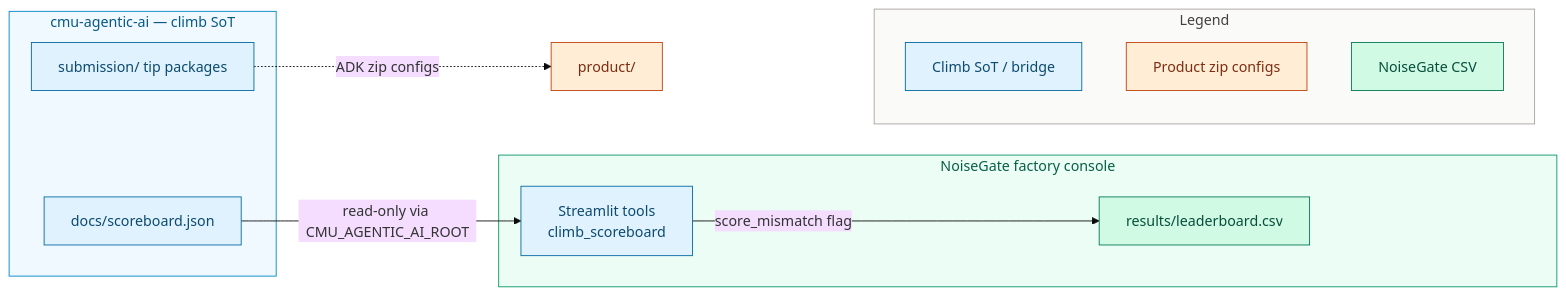
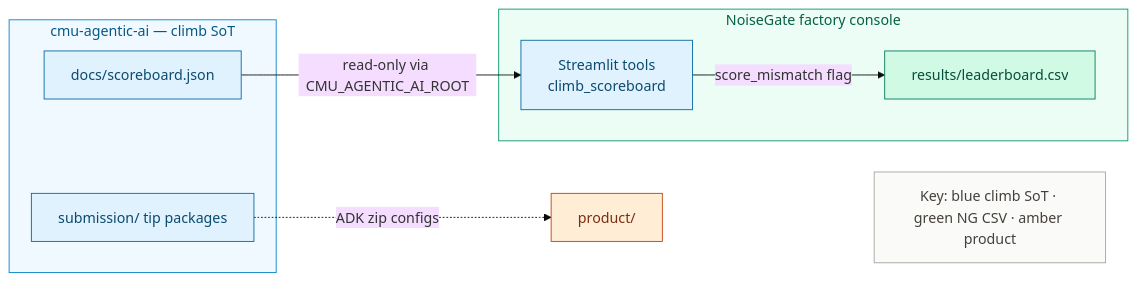
Before and after one commit to khaosans/noisegate-gemma4-factory: the seventh of 7 diagrams in docs/wiki/Architecture.md, drawn with Mermaid (base theme). The commit also changed other lines of this file and 4 other files, not shown here.

First line of the commit message:
docs: compact Mermaid legends to single Key lines

````diff
--- a/docs/wiki/Architecture.md
+++ b/docs/wiki/Architecture.md
@@ -266,34 +235,29 @@
 ```mermaid
 flowchart LR
   subgraph CMU["cmu-agentic-ai — climb SoT"]
     SB[docs/scoreboard.json]
     Tips[submission/ tip packages]
   end
 
   subgraph NG["NoiseGate factory console"]
     CSV[results/leaderboard.csv]
     Cons[Streamlit tools<br/>climb_scoreboard]
   end
 
   SB -->|read-only via CMU_AGENTIC_AI_ROOT| Cons
   Cons -->|score_mismatch flag| CSV
   Tips -.->|ADK zip configs| Prod[product/]
 
-  subgraph Legend["Legend"]
-    direction TB
-    LegO[Climb SoT / bridge]
-    LegP[Product zip configs]
-    LegF[NoiseGate CSV]
-  end
-  Prod ~~~ LegO
+  Key["Key: blue climb SoT · green NG CSV · amber product"]
+  Prod ~~~ Key
 
   classDef ops fill:#E0F2FE,stroke:#0369A1,color:#0C4A6E
   classDef product fill:#FFEDD5,stroke:#C2410C,color:#7C2D12
   classDef factory fill:#D1FAE5,stroke:#047857,color:#064E3B
-  class SB,Tips,Cons,LegO ops
-  class Prod,LegP product
-  class CSV,LegF factory
+  class SB,Tips,Cons ops
+  class Prod product
+  class CSV factory
   style CMU fill:#F0F9FF,stroke:#0284C7,color:#075985
   style NG fill:#ECFDF5,stroke:#059669,color:#065F46
-  style Legend fill:#FAFAF9,stroke:#A8A29E,color:#44403C
+  style Key fill:#FAFAF9,stroke:#A8A29E,color:#44403C
 ```
````
